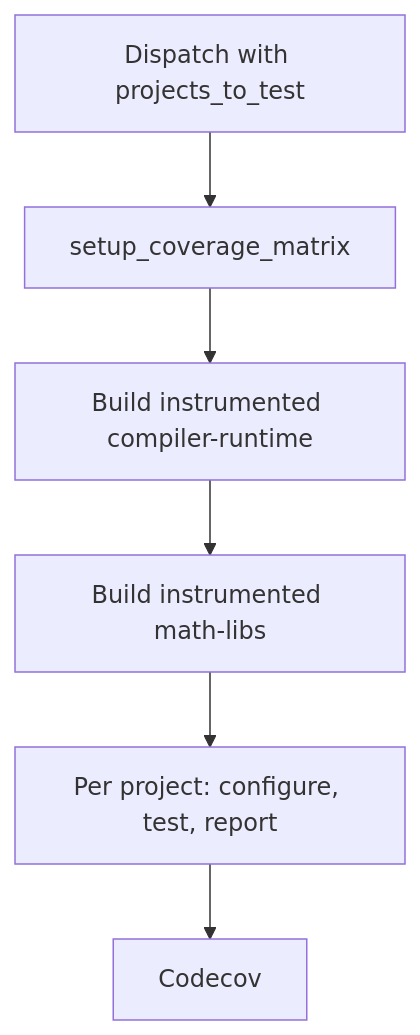
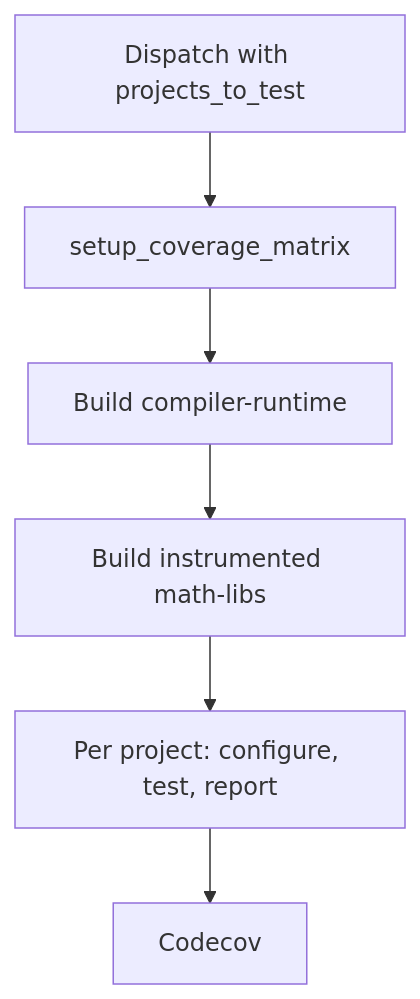
The diagram in docs/development/code_coverage.md (ROCm/TheRock), drawn with Mermaid before and after one commit. The commit also changed other lines of this file and 1 other file, not shown here.

First line of the commit message:
ci(coverage): rename build_instrumented_compiler_runtime to build_compiler_runtime

````diff
--- a/docs/development/code_coverage.md
+++ b/docs/development/code_coverage.md
@@ -107,8 +107,8 @@
 ```mermaid
 graph TD
     dispatch[Dispatch with projects_to_test] --> matrix[setup_coverage_matrix]
-    matrix --> compilerRuntime[Build instrumented compiler-runtime]
+    matrix --> compilerRuntime[Build compiler-runtime]
     compilerRuntime --> mathLibs[Build instrumented math-libs]
     mathLibs --> report[Per project: configure, test, report]
     report --> codecov[Codecov]
 ```
````
